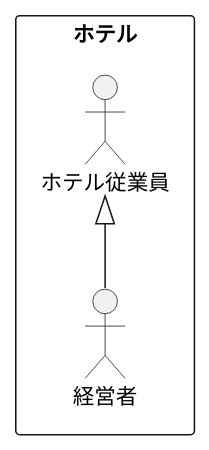
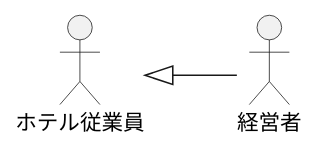
Before and after one commit to hitokin/uml_introduction: the diagram in 演習2-2_ホテル従業員.pu, drawn with PlantUML. The commit also changed 4 other files, not shown here.

```diff
--- a/演習2-2_ホテル従業員.pu
+++ b/演習2-2_ホテル従業員.pu
@@ -1,8 +1,7 @@
 @startuml ユースケース図
-' left to right direction
-rectangle ホテル {
+left to right direction
 actor 経営者
 actor ホテル従業員
-}
+
 ホテル従業員 <|-- 経営者
 @enduml
```
